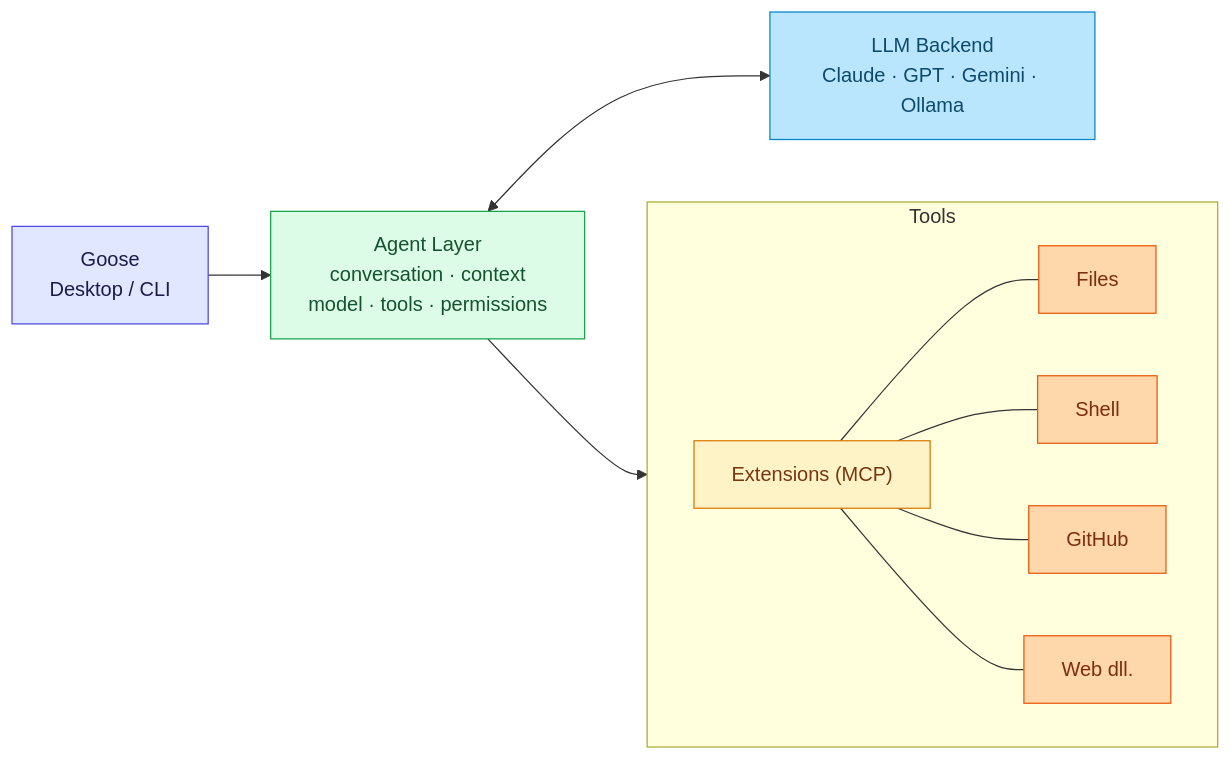
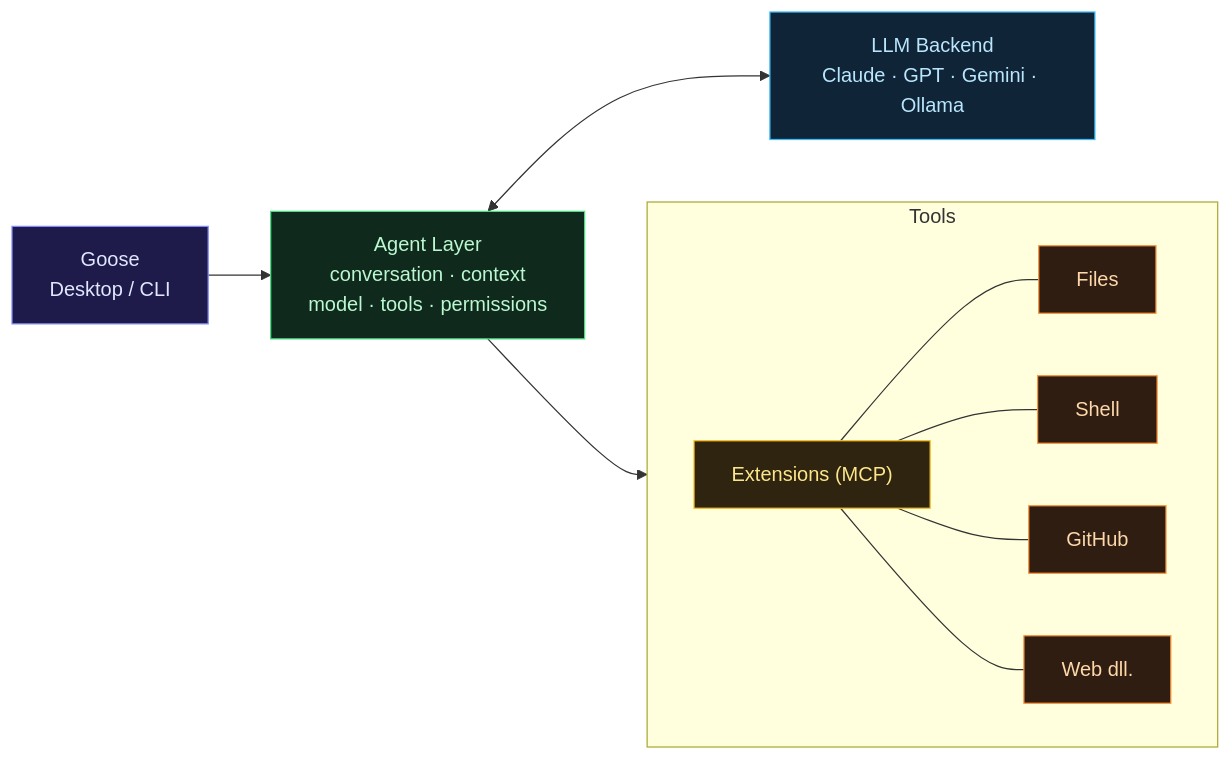
One commit to arifbazli/malay-tech-journal changed the second of 4 diagrams in src/content/posts/ms/age-04-agent-os-goose.md. Above: the diagram before and after it, drawn with Mermaid. The commit also changed other lines of this file and 16 other files, not shown here.

First line of the commit message:
fix(mermaid): fix light-theme colors and rendering bugs across all diagrams

````diff
--- a/src/content/posts/ms/age-04-agent-os-goose.md
+++ b/src/content/posts/ms/age-04-agent-os-goose.md
@@ -92,26 +91,26 @@
 ```mermaid
 flowchart LR
   CLI["Goose<br/>Desktop / CLI"]:::ui
   AGENT["Agent Layer<br/>conversation · context<br/>model · tools · permissions"]:::agent
   EXT["Extensions (MCP)"]:::ext
   subgraph tools [Tools]
     direction LR
     T1[Files]:::tool
     T2[Shell]:::tool
     T3[GitHub]:::tool
     T4[Web dll.]:::tool
     EXT --- T1
     EXT --- T2
     EXT --- T3
     EXT --- T4
   end
   LLM["LLM Backend<br/>Claude · GPT · Gemini · Ollama"]:::llm
   CLI --> AGENT
   AGENT --> EXT
   AGENT <--> LLM
-  classDef ui fill:#e0e7ff,stroke:#4f46e5,color:#1e1b4b
-  classDef agent fill:#dcfce7,stroke:#16a34a,color:#14532d
-  classDef ext fill:#fef3c7,stroke:#d97706,color:#78350f
-  classDef tool fill:#fed7aa,stroke:#ea580c,color:#7c2d12
-  classDef llm fill:#bae6fd,stroke:#0284c7,color:#0c4a6e
+  classDef ui fill:#1e1b4b,stroke:#818cf8,color:#e0e7ff
+  classDef agent fill:#0f2a1c,stroke:#4ade80,color:#bbf7d0
+  classDef ext fill:#2e2410,stroke:#fbbf24,color:#fde68a
+  classDef tool fill:#2e1d10,stroke:#fb923c,color:#fed7aa
+  classDef llm fill:#0f2436,stroke:#38bdf8,color:#bae6fd
 ```
````
